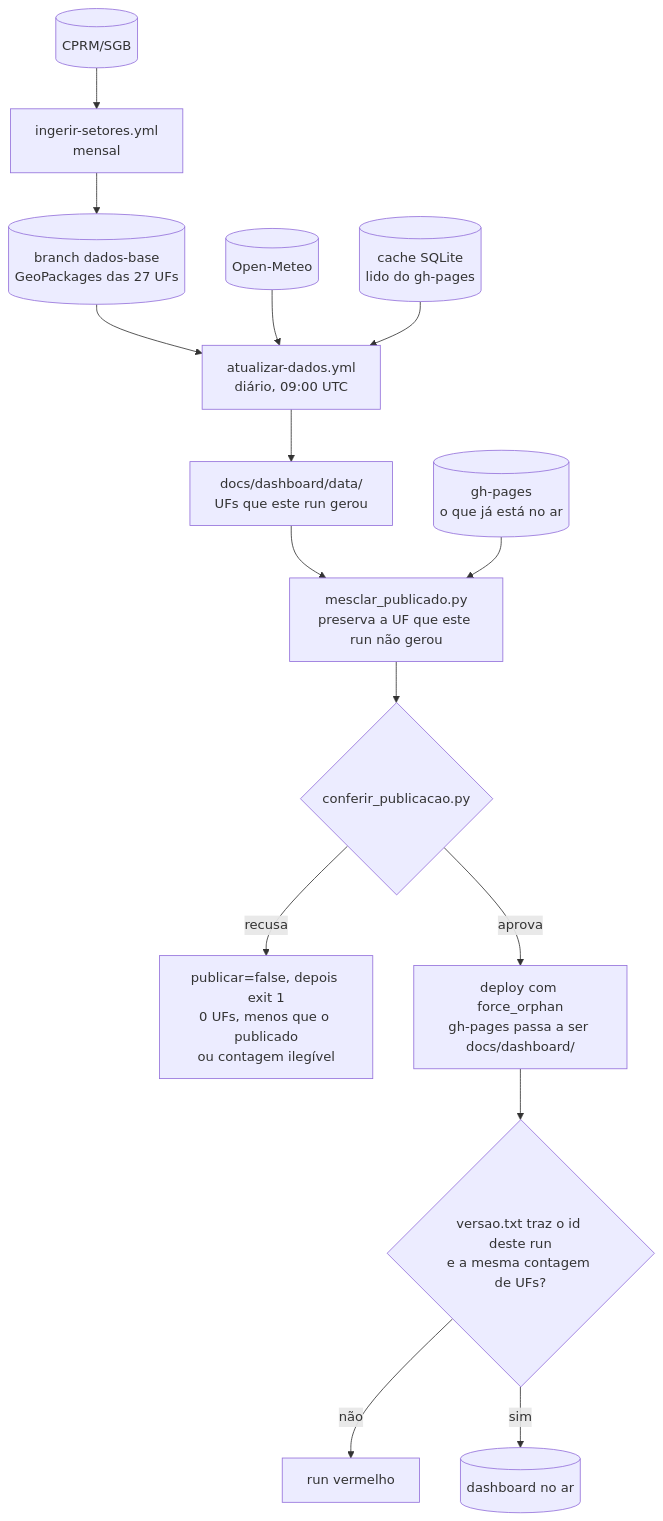
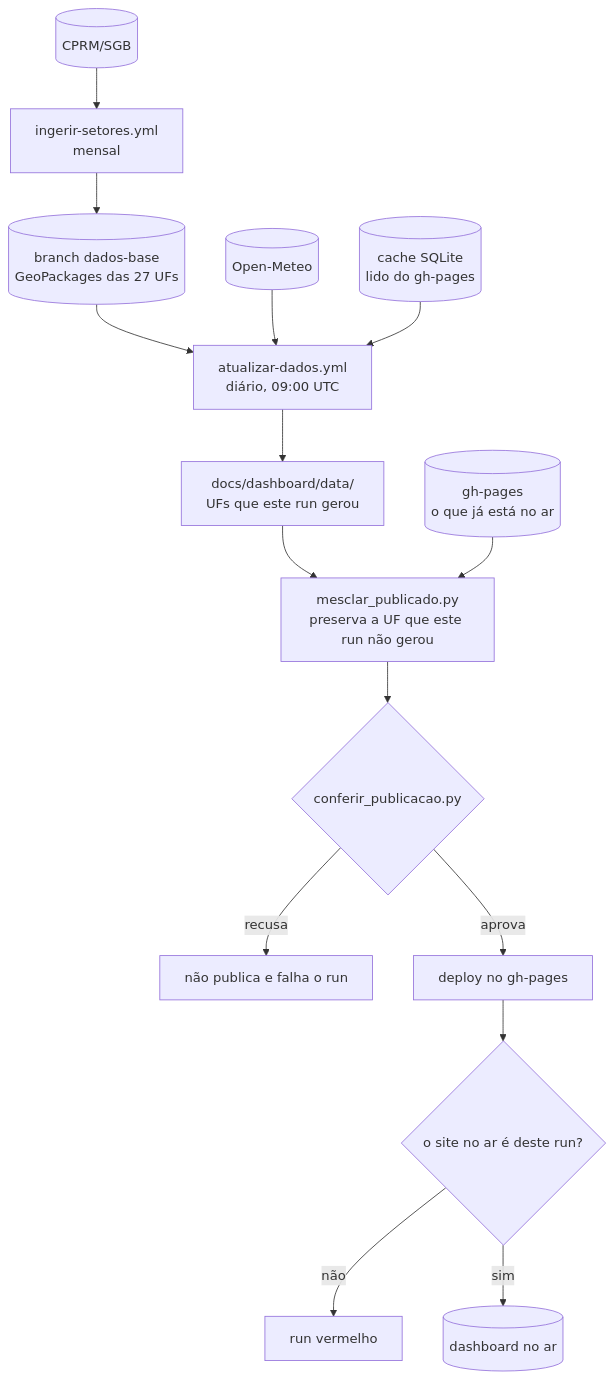
The second of 2 diagrams in README.md (hcristosm/ORCA), drawn with Mermaid before and after one commit. The commit also changed other lines of this file and 2 other files, not shown here.

First line of the commit message:
docs(readme): reorganiza os READMEs e tira o que não servia mais

````diff
--- a/README.md
+++ b/README.md
@@ -378,17 +294,17 @@
 ```mermaid
 flowchart TB
     SGB[("CPRM/SGB")] --> ING["ingerir-setores.yml<br/>mensal"]
     ING --> BASE[("branch dados-base<br/>GeoPackages das 27 UFs")]
     BASE --> ATU["atualizar-dados.yml<br/>diário, 09:00 UTC"]
     OM[("Open-Meteo")] --> ATU
     CACHE[("cache SQLite<br/>lido do gh-pages")] --> ATU
     ATU --> SAIDA["docs/dashboard/data/<br/>UFs que este run gerou"]
     SAIDA --> MESCLA["mesclar_publicado.py<br/>preserva a UF que este run não gerou"]
     PUB[("gh-pages<br/>o que já está no ar")] --> MESCLA
     MESCLA --> GUARDA{"conferir_publicacao.py"}
-    GUARDA -->|recusa| RECUSA["publicar=false, depois exit 1<br/>0 UFs, menos que o publicado<br/>ou contagem ilegível"]
-    GUARDA -->|aprova| DEPLOY["deploy com force_orphan<br/>gh-pages passa a ser docs/dashboard/"]
-    DEPLOY --> SMOKE{"versao.txt traz o id deste run<br/>e a mesma contagem de UFs?"}
+    GUARDA -->|recusa| RECUSA["não publica e falha o run"]
+    GUARDA -->|aprova| DEPLOY["deploy no gh-pages"]
+    DEPLOY --> SMOKE{"o site no ar é deste run?"}
     SMOKE -->|não| FALHA["run vermelho"]
     SMOKE -->|sim| AR[("dashboard no ar")]
 ```
````
